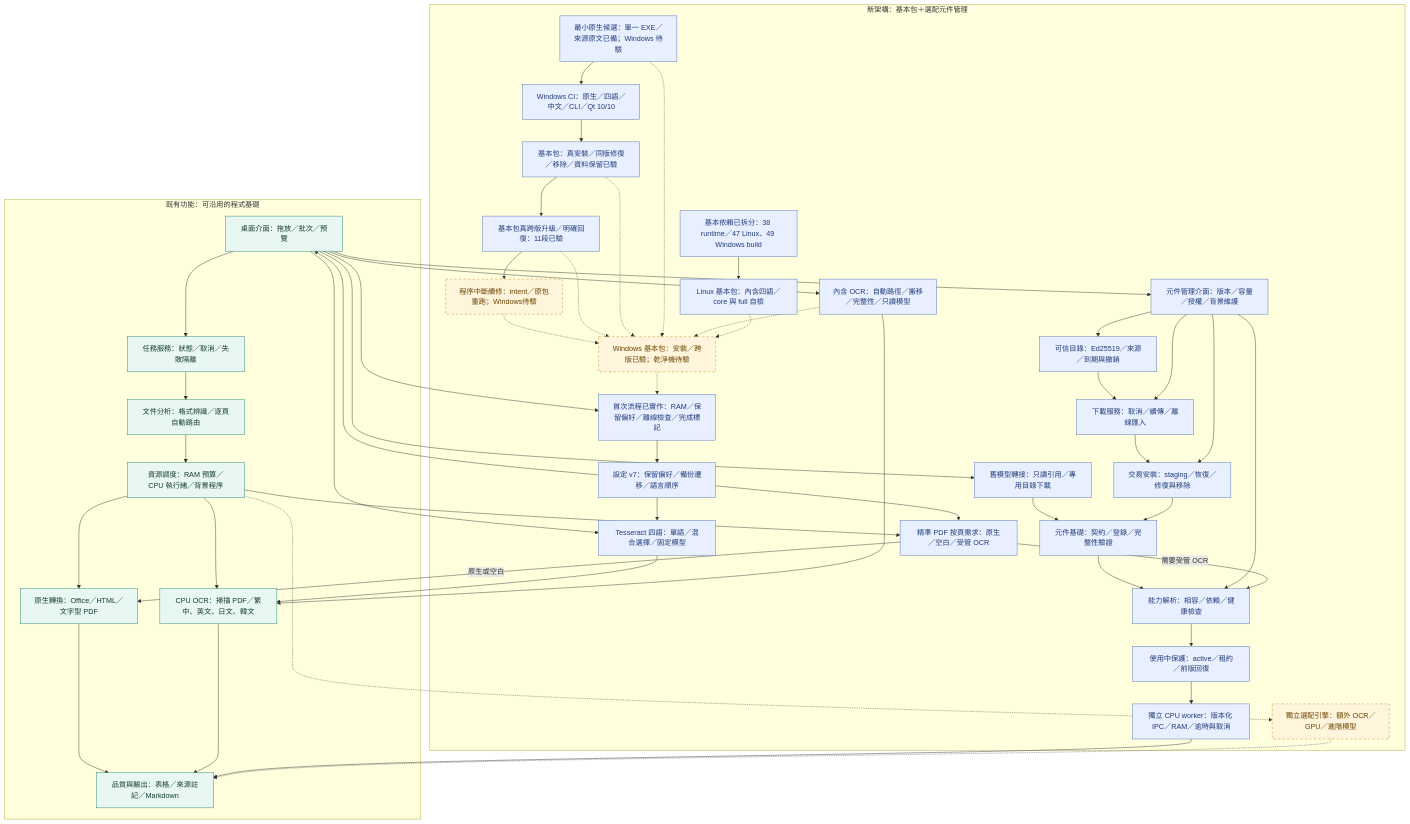
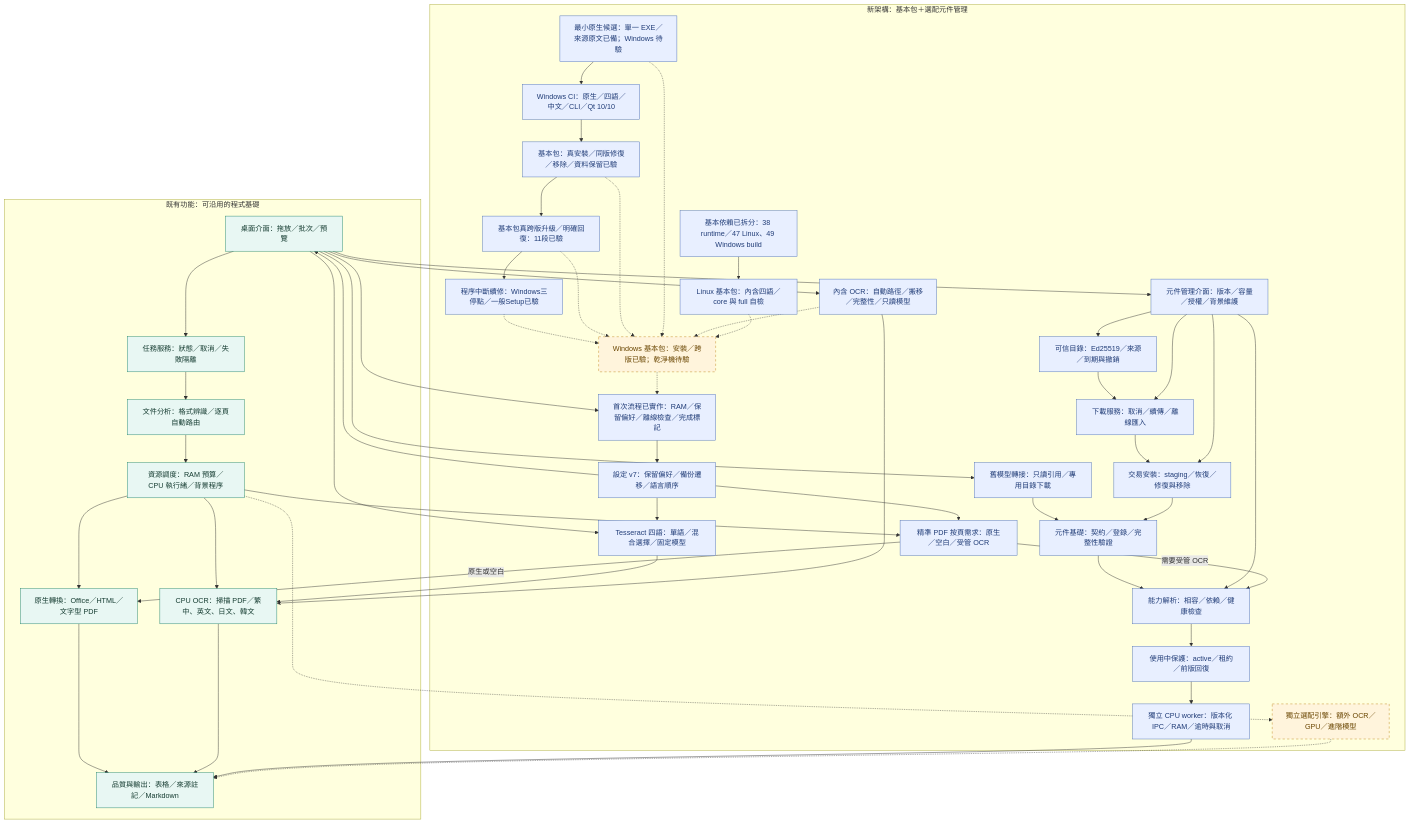
Before and after one commit to ChouTa-chuan/MarkItDown-exe: the diagram in README.md, drawn with Mermaid. The commit also changed other lines of this file and 30 other files, not shown here.

````diff
--- a/README.md
+++ b/README.md
@@ -21,81 +21,82 @@
 ```mermaid
 flowchart TD
     subgraph Existing["既有功能：可沿用的程式基礎"]
         UI["桌面介面：拖放／批次／預覽"] --> APP["任務服務：狀態／取消／失敗隔離"]
         APP --> PLAN["文件分析：格式辨識／逐頁自動路由"]
         PLAN --> RES["資源調度：RAM 預算／CPU 執行緒／背景程序"]
         RES --> NATIVE["原生轉換：Office／HTML／文字型 PDF"]
         RES --> OCR["CPU OCR：掃描 PDF／繁中、英文、日文、韓文"]
         NATIVE --> QUALITY["品質與輸出：表格／來源註記／Markdown"]
         OCR --> QUALITY
     end
     subgraph Planned["新架構：基本包＋選配元件管理"]
         COMPONENTUI["元件管理介面：版本／容量／授權／背景維護"]
         FIRST["Windows 基本包：安裝／跨版已驗；乾淨機待驗"]
         PROFILE["基本依賴已拆分：38 runtime／47 Linux、49 Windows build"]
         PROFILEBUILD["Linux 基本包：內含四語／core 與 full 自檢"]
         FIRSTFLOW["首次流程已實作：RAM／保留偏好／離線檢查／完成標記"]
         COMPONENTS["元件基礎：契約／登錄／完整性驗證"]
         CAPABILITY["能力解析：相容／依賴／健康檢查"]
         INSTALLERCI["基本包：真安裝／同版修復／移除／資料保留已驗"]
-        RECOVERYCI["程序中斷續修：intent／原包重跑；Windows待驗"]
+        RECOVERYCI["程序中斷續修：Windows三停點／一般Setup已驗"]
         UPGRADECI["基本包真跨版升級／明確回復：11段已驗"]
         WINCI["Windows CI：原生／四語／中文／CLI／Qt 10/10"]
         BUNDLED["內含 OCR：自動路徑／搬移／完整性／只讀模型"]
         MINIMALBUILD["最小原生候選：單一 EXE／來源原文已備；Windows 待驗"]
         LANGUAGES["Tesseract 四語：單語／混合選擇／固定模型"]
         ROUTE["精準 PDF 按頁需求：原生／空白／受管 OCR"]
         CPUWORKER["獨立 CPU worker：版本化 IPC／RAM／逾時與取消"]
         OPTIONAL["獨立選配引擎：額外 OCR／GPU／進階模型"]
         COMPONENTS --> CAPABILITY
         LEGACY["舊模型轉接：只讀引用／專用目錄下載"]
         PREFS["設定 v7：保留偏好／備份遷移／語言順序"]
         LEGACY --> COMPONENTS
         CATALOG["可信目錄：Ed25519／來源／到期與撤銷"] --> DOWNLOAD["下載服務：取消／續傳／離線匯入"]
         DOWNLOAD --> INSTALL["交易安裝：staging／恢復／修復與移除"]
         INSTALL --> COMPONENTS
         CAPABILITY --> LEASE["使用中保護：active／租約／前版回復"]
     end
     UI --> LANGUAGES
     LANGUAGES --> OCR
     PREFS --> LANGUAGES
     UI --> COMPONENTUI
     COMPONENTUI --> INSTALL
     COMPONENTUI --> CATALOG
     COMPONENTUI --> CAPABILITY
     LEASE --> CPUWORKER
     CPUWORKER --> QUALITY
     RES --> ROUTE
     ROUTE -->|需要受管 OCR| CAPABILITY
     ROUTE -->|原生或空白| NATIVE
     COMPONENTUI --> DOWNLOAD
     UI --> LEGACY
     PREFS --> UI
     UI --> FIRSTFLOW
     FIRSTFLOW --> PREFS
     PROFILE --> PROFILEBUILD
     MINIMALBUILD --> WINCI
     UPGRADECI --> RECOVERYCI
     RECOVERYCI -.-> FIRST
     INSTALLERCI --> UPGRADECI
     UPGRADECI -.-> FIRST
     WINCI --> INSTALLERCI
     INSTALLERCI -.-> FIRST
     MINIMALBUILD -.-> FIRST
     UI --> BUNDLED
     BUNDLED --> OCR
     BUNDLED -.-> FIRST
     PROFILEBUILD -.-> FIRST
     FIRST -.-> FIRSTFLOW
     PREFS --> ROUTE
     RES -.-> OPTIONAL
     OPTIONAL -.-> QUALITY
     classDef existing fill:#e8f7f3,stroke:#21856d,color:#153c31;
     classDef foundation fill:#e8efff,stroke:#4c6fb8,color:#203c77;
     class COMPONENTS,CAPABILITY,LEGACY,PREFS,CATALOG,DOWNLOAD,INSTALL,LEASE,CPUWORKER,COMPONENTUI,FIRSTFLOW,ROUTE,PROFILE,PROFILEBUILD,LANGUAGES,BUNDLED,MINIMALBUILD,WINCI foundation;
     class INSTALLERCI foundation;
     classDef planned fill:#fff4dc,stroke:#be8519,color:#694500,stroke-dasharray:5 5;
     class UI,APP,PLAN,RES,NATIVE,OCR,QUALITY existing;
     class UPGRADECI foundation;
-    class FIRST,OPTIONAL,RECOVERYCI planned;
+    class RECOVERYCI foundation;
+    class FIRST,OPTIONAL planned;
 ```
````
